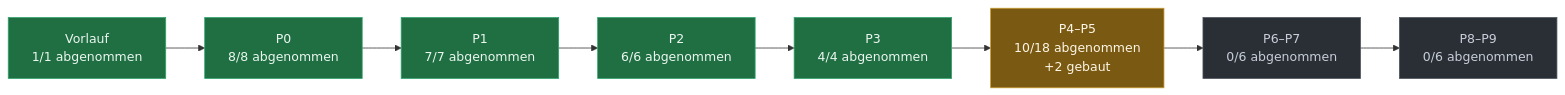
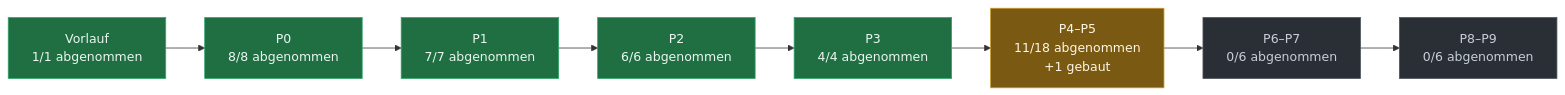
The diagram in docs/PLAN-STAND.md (evenacadia-tech/Nakama), drawn with Mermaid before and after one commit. The commit also changed other lines of this file, not shown here.

````diff
--- a/docs/PLAN-STAND.md
+++ b/docs/PLAN-STAND.md
@@ -37,21 +37,21 @@
 ```mermaid
 flowchart LR
   P0["Vorlauf<br/>1/1 abgenommen"]:::fertig
   P1["P0<br/>8/8 abgenommen"]:::fertig
   P0 --> P1
   P2["P1<br/>7/7 abgenommen"]:::fertig
   P1 --> P2
   P3["P2<br/>6/6 abgenommen"]:::fertig
   P2 --> P3
   P4["P3<br/>4/4 abgenommen"]:::fertig
   P3 --> P4
-  P5["P4–P5<br/>10/18 abgenommen<br/>+2 gebaut"]:::laeuft
+  P5["P4–P5<br/>11/18 abgenommen<br/>+1 gebaut"]:::laeuft
   P4 --> P5
   P6["P6–P7<br/>0/6 abgenommen"]:::offen
   P5 --> P6
   P7["P8–P9<br/>0/6 abgenommen"]:::offen
   P6 --> P7
   classDef fertig fill:#1f6f43,stroke:#2ea36a,color:#eaf6ef
   classDef laeuft fill:#7a5a12,stroke:#c99a2e,color:#fdf6e6
   classDef offen  fill:#2a2f36,stroke:#4a525c,color:#c7ced8
 ```
````
